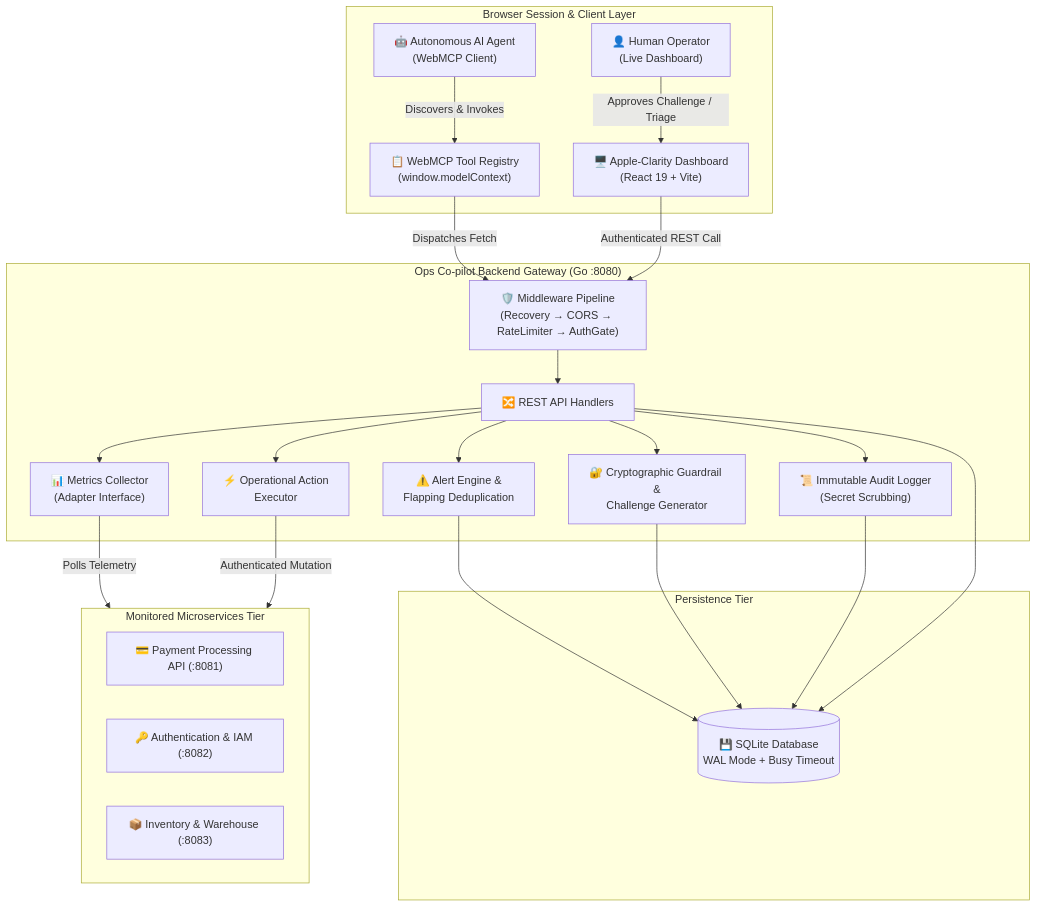
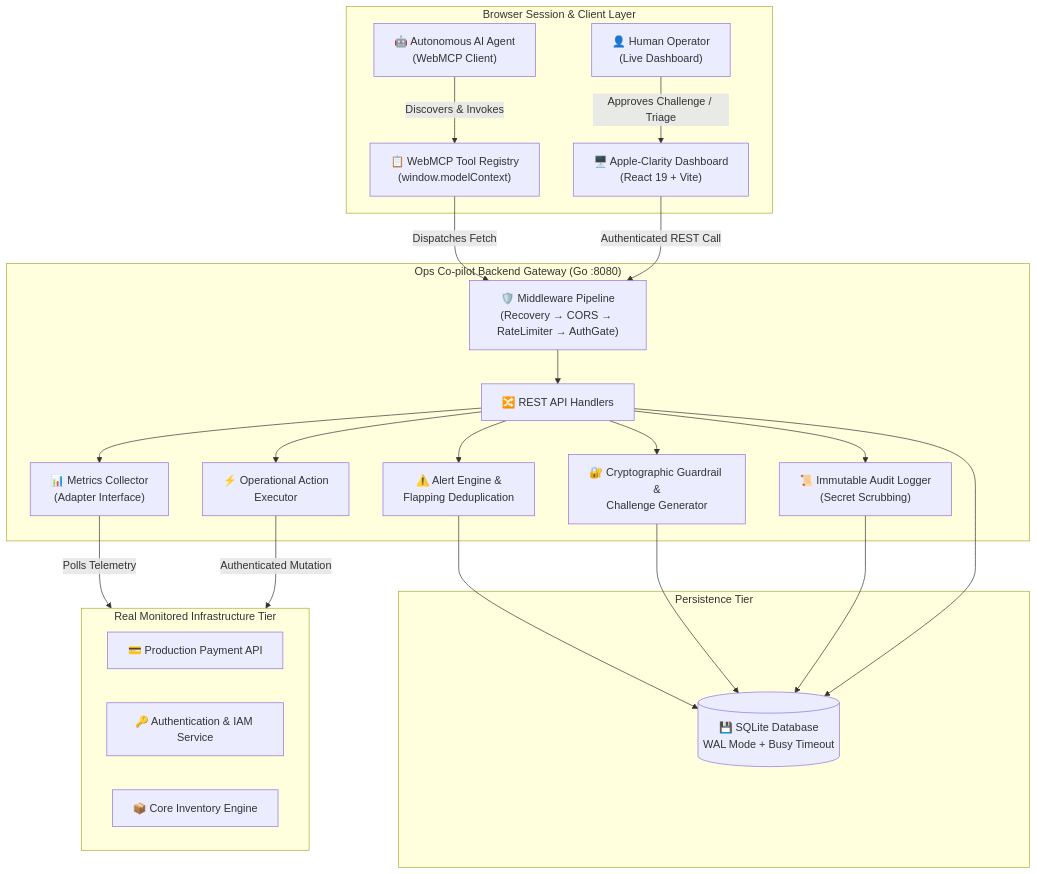
Before and after one commit to kuldeep-poonia/ops-copilot: the first of 5 diagrams in ARCHITECTURE.md, drawn with Mermaid. The commit also changed other lines of this file and 7 other files, not shown here.

Commit message:
Remove mockservices and hardcoded fake data, enable dynamic real service registration

````diff
--- a/ARCHITECTURE.md
+++ b/ARCHITECTURE.md
@@ -14,49 +14,49 @@
 ```mermaid
 flowchart TB
     subgraph BrowserClient["Browser Session & Client Layer"]
         Agent["🤖 Autonomous AI Agent\n(WebMCP Client)"]
         Human["👤 Human Operator\n(Live Dashboard)"]
         WebMCPRegistry["📋 WebMCP Tool Registry\n(window.modelContext)"]
         UI["🖥️ Apple-Clarity Dashboard\n(React 19 + Vite)"]
     end
 
     subgraph BackendGateway["Ops Co-pilot Backend Gateway (Go :8080)"]
         Middleware["🛡️ Middleware Pipeline\n(Recovery → CORS → RateLimiter → AuthGate)"]
         Router["🔀 REST API Handlers"]
         AlertEngine["⚠️ Alert Engine &\nFlapping Deduplication"]
         GuardrailEngine["🔐 Cryptographic Guardrail &\nChallenge Generator"]
         AuditService["📜 Immutable Audit Logger\n(Secret Scrubbing)"]
         Executor["⚡ Operational Action\nExecutor"]
         Collector["📊 Metrics Collector\n(Adapter Interface)"]
     end
 
     subgraph DataStore["Persistence Tier"]
         DB[("💾 SQLite Database\nWAL Mode + Busy Timeout")]
     end
 
-    subgraph MonitoredTier["Monitored Microservices Tier"]
-        PaymentSvc["💳 Payment Processing API (:8081)"]
-        AuthSvc["🔑 Authentication & IAM (:8082)"]
-        InventorySvc["📦 Inventory & Warehouse (:8083)"]
+    subgraph MonitoredTier["Real Monitored Infrastructure Tier"]
+        PaymentSvc["💳 Production Payment API"]
+        AuthSvc["🔑 Authentication & IAM Service"]
+        InventorySvc["📦 Core Inventory Engine"]
     end
 
     Agent -->|Discovers & Invokes| WebMCPRegistry
     WebMCPRegistry -->|Dispatches Fetch| Middleware
     Human -->|Approves Challenge / Triage| UI
     UI -->|Authenticated REST Call| Middleware
 
     Middleware --> Router
     Router --> Collector
     Router --> AlertEngine
     Router --> GuardrailEngine
     Router --> Executor
     Router --> AuditService
 
     Collector -->|Polls Telemetry| MonitoredTier
     Executor -->|Authenticated Mutation| MonitoredTier
 
     AlertEngine --> DB
     GuardrailEngine --> DB
     AuditService --> DB
     Router --> DB
 ```
````
